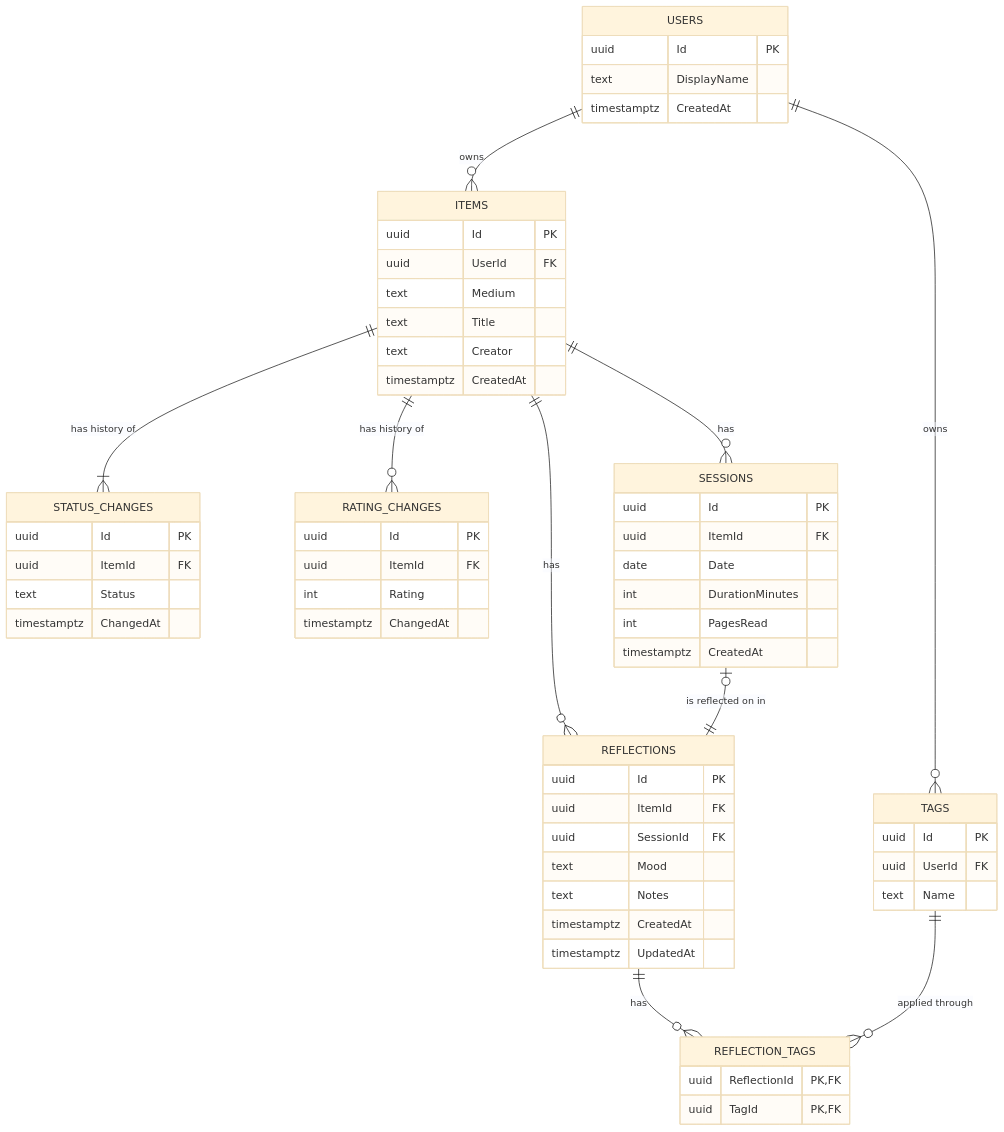
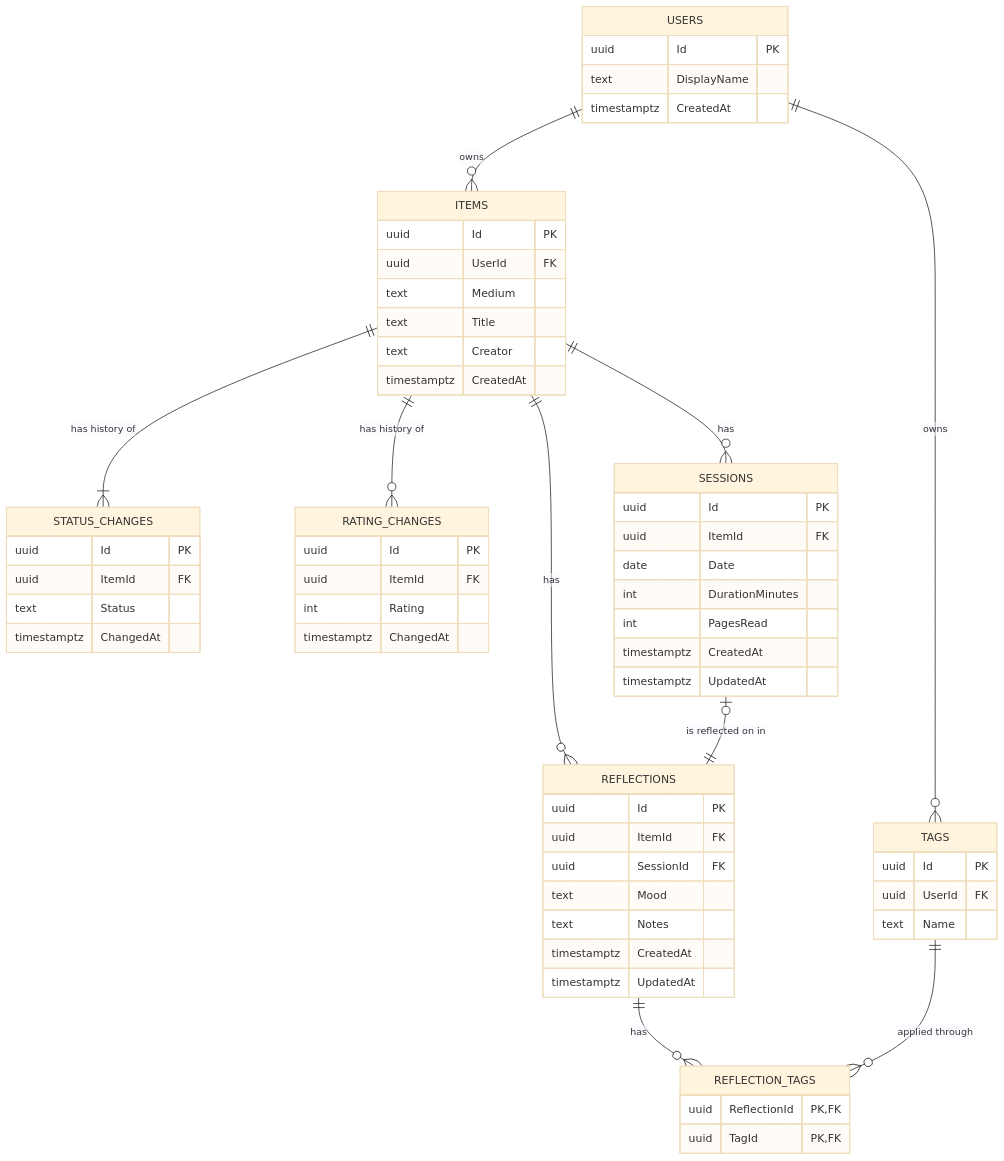
The diagram in docs/data-model.md (courtneytruong/Savepoint), drawn with Mermaid (base theme) before and after one commit. The commit also changed 17 other files, not shown here.

````diff
--- a/docs/data-model.md
+++ b/docs/data-model.md
@@ -7,64 +7,65 @@
 ```mermaid
 erDiagram
     USERS ||--o{ ITEMS : owns
     USERS ||--o{ TAGS : owns
     ITEMS ||--|{ STATUS_CHANGES : "has history of"
     ITEMS ||--o{ RATING_CHANGES : "has history of"
     ITEMS ||--o{ SESSIONS : has
     ITEMS ||--o{ REFLECTIONS : has
     SESSIONS |o--|| REFLECTIONS : "is reflected on in"
     REFLECTIONS ||--o{ REFLECTION_TAGS : has
     TAGS ||--o{ REFLECTION_TAGS : "applied through"
 
     USERS {
         uuid Id PK
         text DisplayName
         timestamptz CreatedAt
     }
     ITEMS {
         uuid Id PK
         uuid UserId FK
         text Medium
         text Title
         text Creator
         timestamptz CreatedAt
     }
     STATUS_CHANGES {
         uuid Id PK
         uuid ItemId FK
         text Status
         timestamptz ChangedAt
     }
     RATING_CHANGES {
         uuid Id PK
         uuid ItemId FK
         int Rating
         timestamptz ChangedAt
     }
     SESSIONS {
         uuid Id PK
         uuid ItemId FK
         date Date
         int DurationMinutes
         int PagesRead
         timestamptz CreatedAt
+        timestamptz UpdatedAt
     }
     REFLECTIONS {
         uuid Id PK
         uuid ItemId FK
         uuid SessionId FK
         text Mood
         text Notes
         timestamptz CreatedAt
         timestamptz UpdatedAt
     }
     TAGS {
         uuid Id PK
         uuid UserId FK
         text Name
     }
     REFLECTION_TAGS {
         uuid ReflectionId PK, FK
         uuid TagId PK, FK
     }
 ```
````
